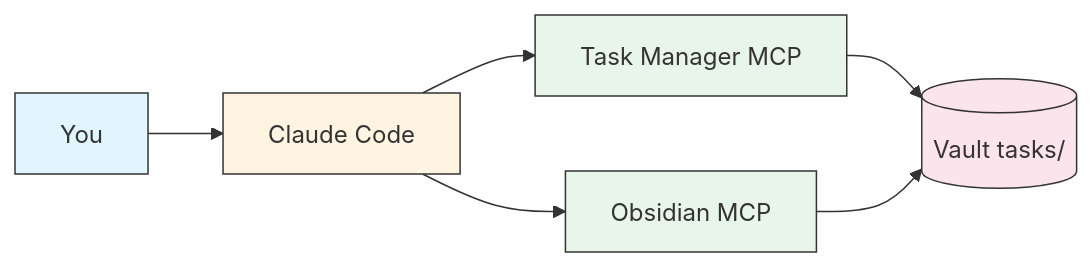
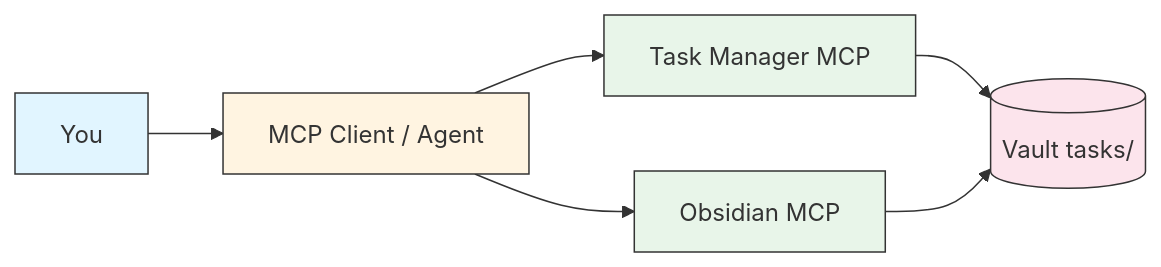
One commit to punparin/task-manager-mcp changed the first of 3 diagrams in README.md. Above: the diagram before and after it, drawn with Mermaid. The commit also changed other lines of this file, not shown here.

Commit message:
docs: decouple readme from claude code (#21)

````diff
--- a/README.md
+++ b/README.md
@@ -7,24 +7,24 @@
 ```mermaid
 flowchart LR
     User[You]
-    Claude[Claude Code]
+    Agent[MCP Client / Agent]
     TM[Task Manager MCP]
     OM[Obsidian MCP]
     Vault[(Vault tasks/)]
 
-    User --> Claude
-    Claude --> TM
-    Claude --> OM
+    User --> Agent
+    Agent --> TM
+    Agent --> OM
     TM --> Vault
     OM --> Vault
 
     classDef user fill:#e1f5ff,stroke:#333
     classDef ai fill:#fff4e1,stroke:#333
     classDef mcp fill:#e8f5e9,stroke:#333
     classDef store fill:#fce4ec,stroke:#333
 
     class User user
-    class Claude ai
+    class Agent ai
     class TM,OM mcp
     class Vault store
 ```
````
